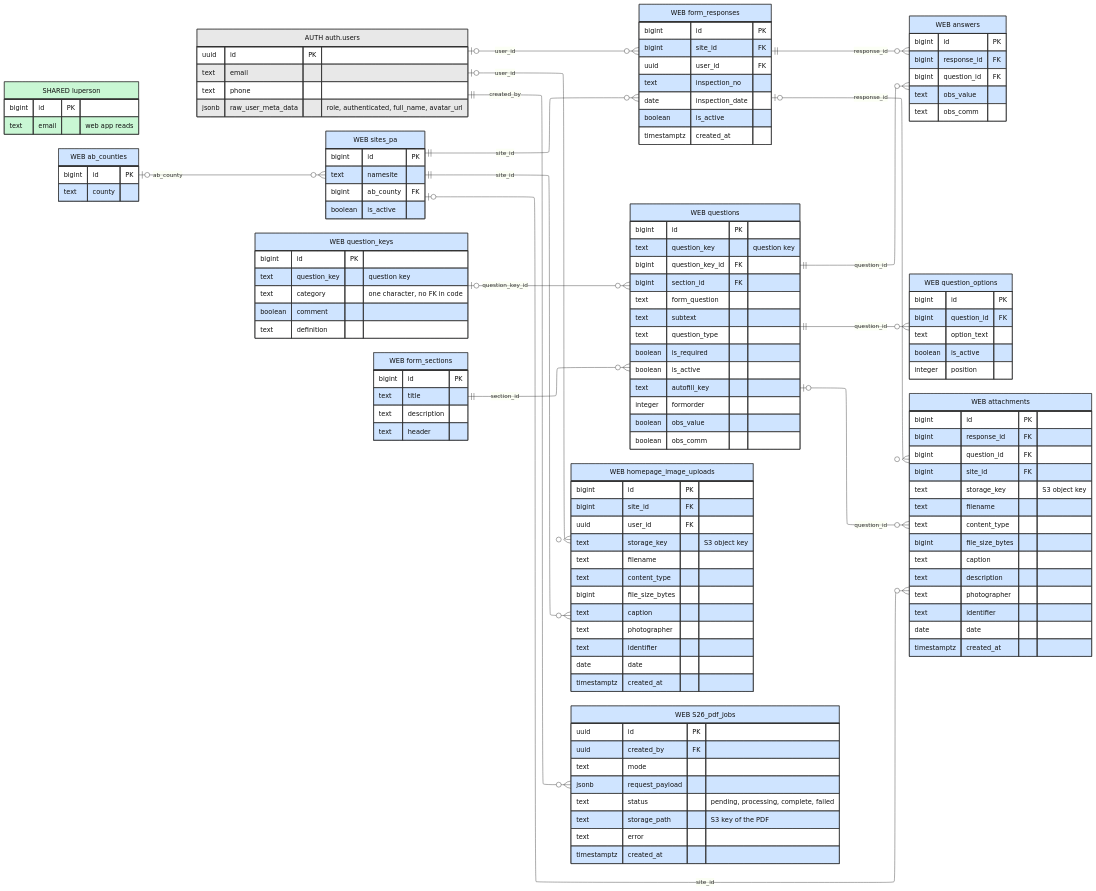
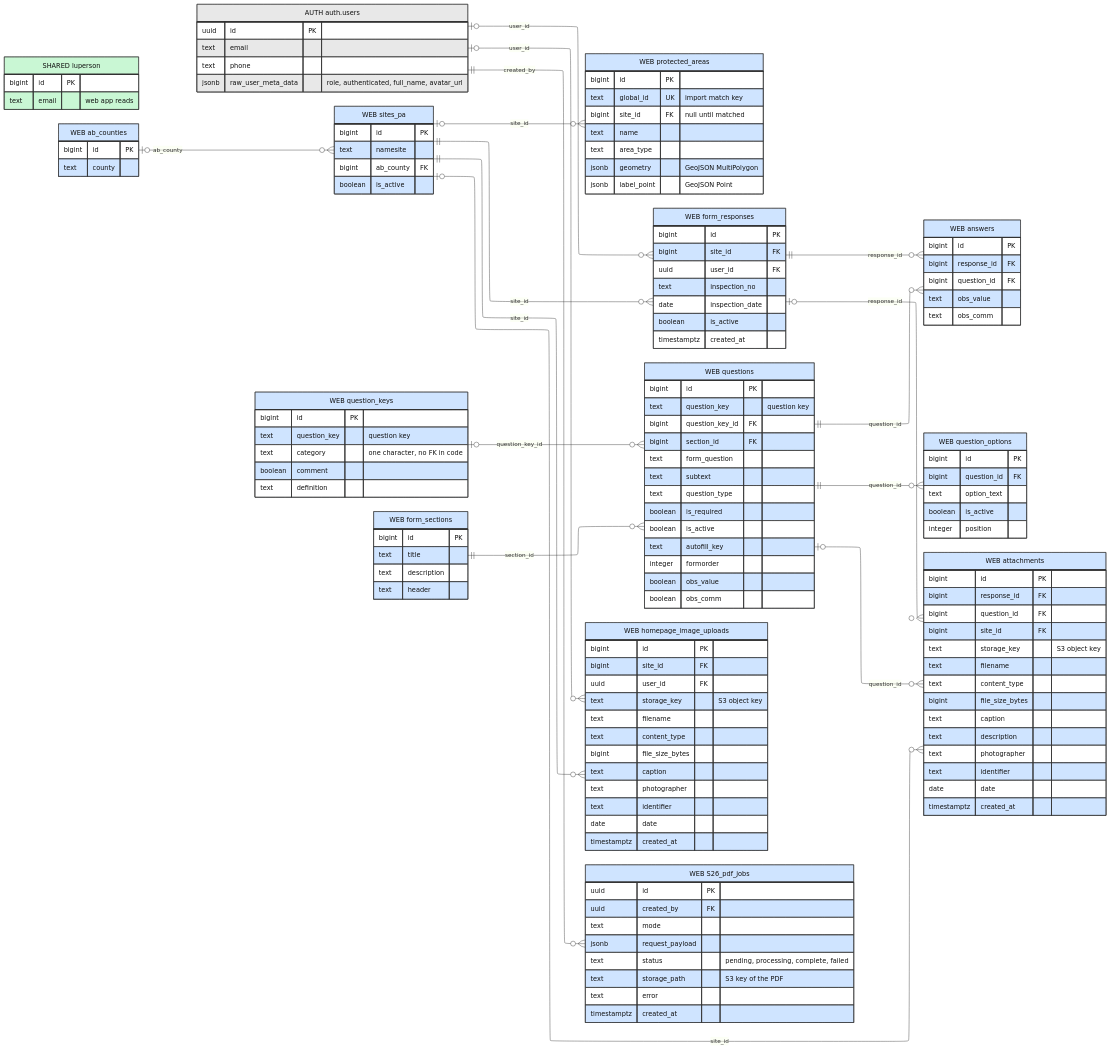
The diagram in docs/assets/ER_Diagram.mmd (SAPAA-Dev/W26Project-SAPAA-Dev-Team), drawn with Mermaid before and after one commit. The commit also changed 3 other files, not shown here.

First line of the commit message:
(feat): add protected_areas table for map boundaries and pins (#132)

```diff
--- a/docs/assets/ER_Diagram.mmd
+++ b/docs/assets/ER_Diagram.mmd
@@ -1,187 +1,198 @@
 ---
 config:
   layout: elk
 ---
 erDiagram
     %% CURRENT SCHEMA: WEB APP (verified against the code on 2026-09-28)
     %% One Supabase database holds two inspection systems:
     %%   WEB    = form_responses, answers, sites_pa, S26_pdf_jobs, and others. Used only by webapp/.
     %%   LEGACY = inspectheader, inspectdetails, and others. Used by FNR/ and
     %%            googleSheets/code.gs. See ER_Diagram_Legacy.mmd.
     %%   SHARED = luperson. The only table that all three clients use.
     %% Data in one system is not visible in the other system.
 
     %% Rules for this diagram:
     %% - A column is shown only if the code reads or writes it. Evidence:
     %%   webapp/utils/supabase/queries.ts, webapp/utils/form-actions.ts,
     %%   webapp/app/api/, webapp/lib/pdf/, and the local schema
     %%   webapp/supabase/migrations/20260925000000_local_app_schema.sql.
     %% - The production database can have more columns. They are not shown.
     %% - Mermaid does not allow spaces or hyphens in names. The quoted comment
     %%   gives the real column name when it is different.
     %% - The web app keys users by auth.users.id. It uses luperson only to check
     %%   if an email belongs to a steward (queries.ts:349-359). There is no
     %%   foreign key between auth.users and luperson.
 
     %% Tables that the earlier diagram showed but the code does not use:
     %% luperson, lumembertype, types, typessub,
     %% naturalregion, naturalregionsub, questions_category,
     %% recreational_activities and their join tables. They can exist in
     %% the database. They are not shown because no code uses them.
     direction LR
 
     auth_users["AUTH auth.users"] {
         uuid id PK
         text email
         text phone
         jsonb raw_user_meta_data "role, authenticated, full_name, avatar_url"
     }
 
     luperson["SHARED luperson"] {
         bigint id PK
         text email "web app reads"
     }
 
     sites_pa["WEB sites_pa"] {
         bigint id PK
         text namesite
         bigint ab_county FK
         boolean is_active
+    }
+
+    protected_areas["WEB protected_areas"] {
+        bigint id PK
+        text global_id UK "import match key"
+        bigint site_id FK "null until matched"
+        text name
+        text area_type
+        jsonb geometry "GeoJSON MultiPolygon"
+        jsonb label_point "GeoJSON Point"
     }
 
     ab_counties["WEB ab_counties"] {
         bigint id PK
         text county
     }
 
     form_responses["WEB form_responses"] {
         bigint id PK
         bigint site_id FK
         uuid user_id FK
         text inspection_no
         date inspection_date
         boolean is_active
         timestamptz created_at
     }
 
     answers["WEB answers"] {
         bigint id PK
         bigint response_id FK
         bigint question_id FK
         text obs_value
         text obs_comm
     }
 
     questions["WEB questions"] {
         bigint id PK
         text question_key "question key"
         bigint question_key_id FK
         bigint section_id FK
         text form_question
         text subtext
         text question_type
         boolean is_required
         boolean is_active
         text autofill_key
         integer formorder
         boolean obs_value
         boolean obs_comm
     }
 
     question_keys["WEB question_keys"] {
         bigint id PK
         text question_key "question key"
         text category "one character, no FK in code"
         boolean comment
         text definition
     }
 
     question_options["WEB question_options"] {
         bigint id PK
         bigint question_id FK
         text option_text
         boolean is_active
         integer position
     }
 
     form_sections["WEB form_sections"] {
         bigint id PK
         text title
         text description
         text header
     }
 
     attachments["WEB attachments"] {
         bigint id PK
         bigint response_id FK
         bigint question_id FK
         bigint site_id FK
         text storage_key "S3 object key"
         text filename
         text content_type
         bigint file_size_bytes
         text caption
         text description
         text photographer
         text identifier
         date date
         timestamptz created_at
     }
 
     homepage_image_uploads["WEB homepage_image_uploads"] {
         bigint id PK
         bigint site_id FK
         uuid user_id FK
         text storage_key "S3 object key"
         text filename
         text content_type
         bigint file_size_bytes
         text caption
         text photographer
         text identifier
         date date
         timestamptz created_at
     }
 
     S26_pdf_jobs["WEB S26_pdf_jobs"] {
         uuid id PK
         uuid created_by FK
         text mode
         jsonb request_payload
         text status "pending, processing, complete, failed"
         text storage_path "S3 key of the PDF"
         text error
         timestamptz created_at
     }
 
     ab_counties |o--o{ sites_pa : "ab_county"
+    sites_pa |o--o{ protected_areas : "site_id"
     sites_pa ||--o{ form_responses : "site_id"
     auth_users |o--o{ form_responses : "user_id"
     form_responses ||--o{ answers : "response_id"
     questions ||--o{ answers : "question_id"
     form_sections ||--o{ questions : "section_id"
     question_keys |o--o{ questions : "question_key_id"
     questions ||--o{ question_options : "question_id"
     form_responses |o--o{ attachments : "response_id"
     questions |o--o{ attachments : "question_id"
     sites_pa |o--o{ attachments : "site_id"
     sites_pa ||--o{ homepage_image_uploads : "site_id"
     auth_users |o--o{ homepage_image_uploads : "user_id"
     auth_users ||--o{ S26_pdf_jobs : "created_by"
 
     classDef auth fill:#e8e8e8,stroke:#333,color:#111
     classDef shared fill:#c9f7d4,stroke:#333,color:#111
     classDef web fill:#cfe4ff,stroke:#333,color:#111
 
     class auth_users auth
     class luperson shared
-    class sites_pa,ab_counties,form_responses,answers,questions,question_keys,question_options,form_sections,attachments,homepage_image_uploads,S26_pdf_jobs web
+    class sites_pa,protected_areas,ab_counties,form_responses,answers,questions,question_keys,question_options,form_sections,attachments,homepage_image_uploads,S26_pdf_jobs web
 
     %% Other data that the web app reads, not shown as tables:
     %% - Legacy read models sites_report_fnr_test (webapp/app/api/heatmap/route.ts)
     %%   and sites_list_fnr, sites_detail_fnr_test (queries.ts:260, 520). The
     %%   two functions in queries.ts have no caller in webapp/app or
     %%   webapp/components. See ER_Diagram_Legacy.mmd.
     %% - RPC functions get_naturalness_distribution and
     %%   get_top_sites_distribution (queries.ts:940, 950).
     %% - Image and PDF files are in AWS S3, not in Supabase Storage.
```
